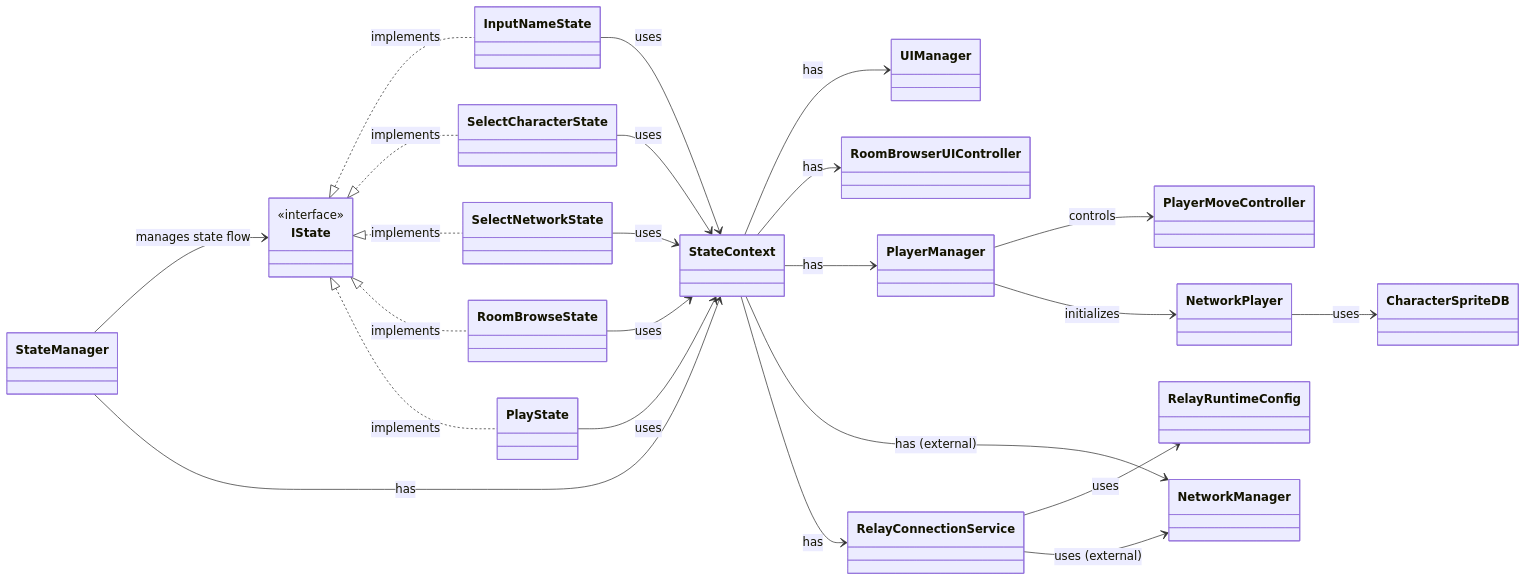
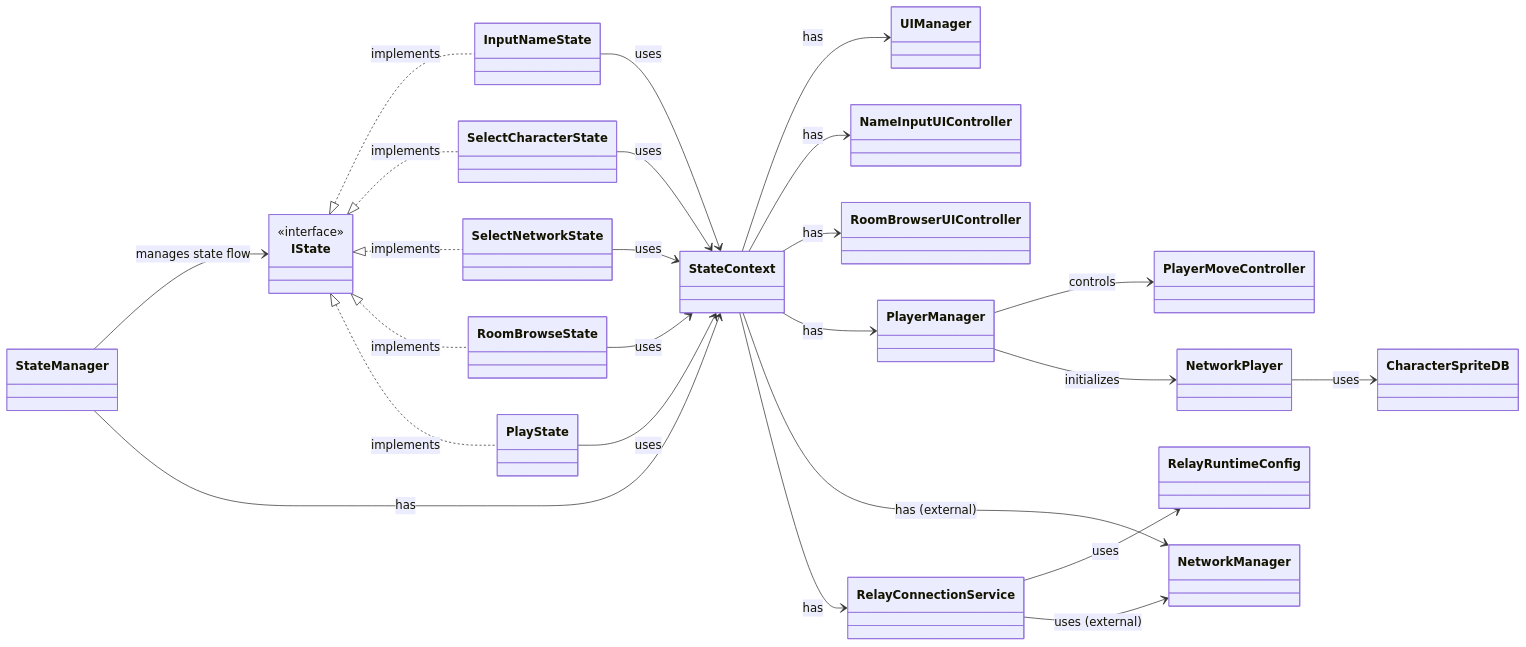
One commit to UpaDotti/MetaverSesecretBase changed the diagram in .codex/CLASS_DIAGRAM.md. Above: the diagram before and after it, drawn with Mermaid. The commit also changed other lines of this file and 18 other files, not shown here.

Commit message:
Add UI Toolkit name input screen with shared menu styles

````diff
--- a/.codex/CLASS_DIAGRAM.md
+++ b/.codex/CLASS_DIAGRAM.md
@@ -10,52 +10,54 @@
 ```mermaid
 classDiagram
     direction LR
 
     class IState {
         <<interface>>
     }
 
     class StateManager
     class StateContext
     class InputNameState
     class SelectCharacterState
     class SelectNetworkState
     class RoomBrowseState
     class PlayState
 
     class RelayConnectionService
     class RelayRuntimeConfig
     class PlayerManager
     class PlayerMoveController
     class NetworkPlayer
     class UIManager
+    class NameInputUIController
     class RoomBrowserUIController
     class CharacterSpriteDB
 
     StateManager --> IState : manages state flow
     StateManager --> StateContext : has
 
     IState <|.. InputNameState : implements
     IState <|.. SelectCharacterState : implements
     IState <|.. SelectNetworkState : implements
     IState <|.. RoomBrowseState : implements
     IState <|.. PlayState : implements
 
     InputNameState --> StateContext : uses
     SelectCharacterState --> StateContext : uses
     SelectNetworkState --> StateContext : uses
     RoomBrowseState --> StateContext : uses
     PlayState --> StateContext : uses
 
     StateContext --> UIManager : has
+    StateContext --> NameInputUIController : has
     StateContext --> RoomBrowserUIController : has
     StateContext --> PlayerManager : has
     StateContext --> NetworkManager : has (external)
     StateContext --> RelayConnectionService : has
 
     RelayConnectionService --> RelayRuntimeConfig : uses
     RelayConnectionService --> NetworkManager : uses (external)
     PlayerManager --> PlayerMoveController : controls
     PlayerManager --> NetworkPlayer : initializes
     NetworkPlayer --> CharacterSpriteDB : uses
 ```
````
